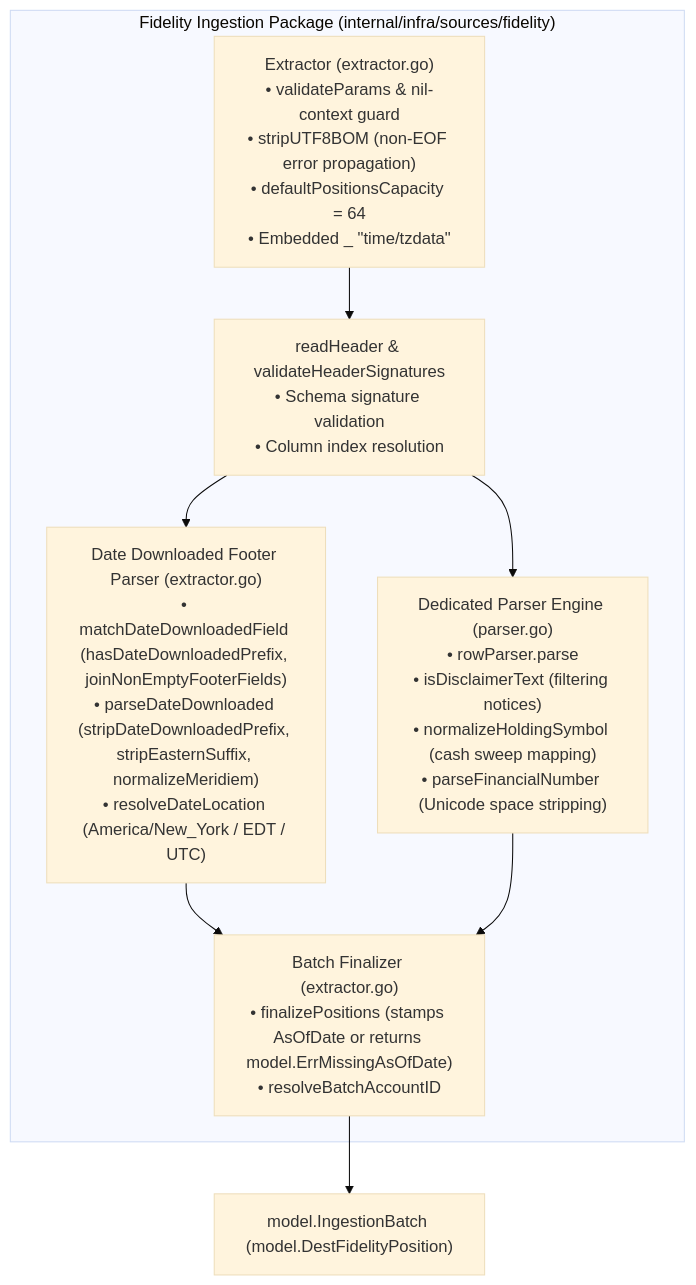
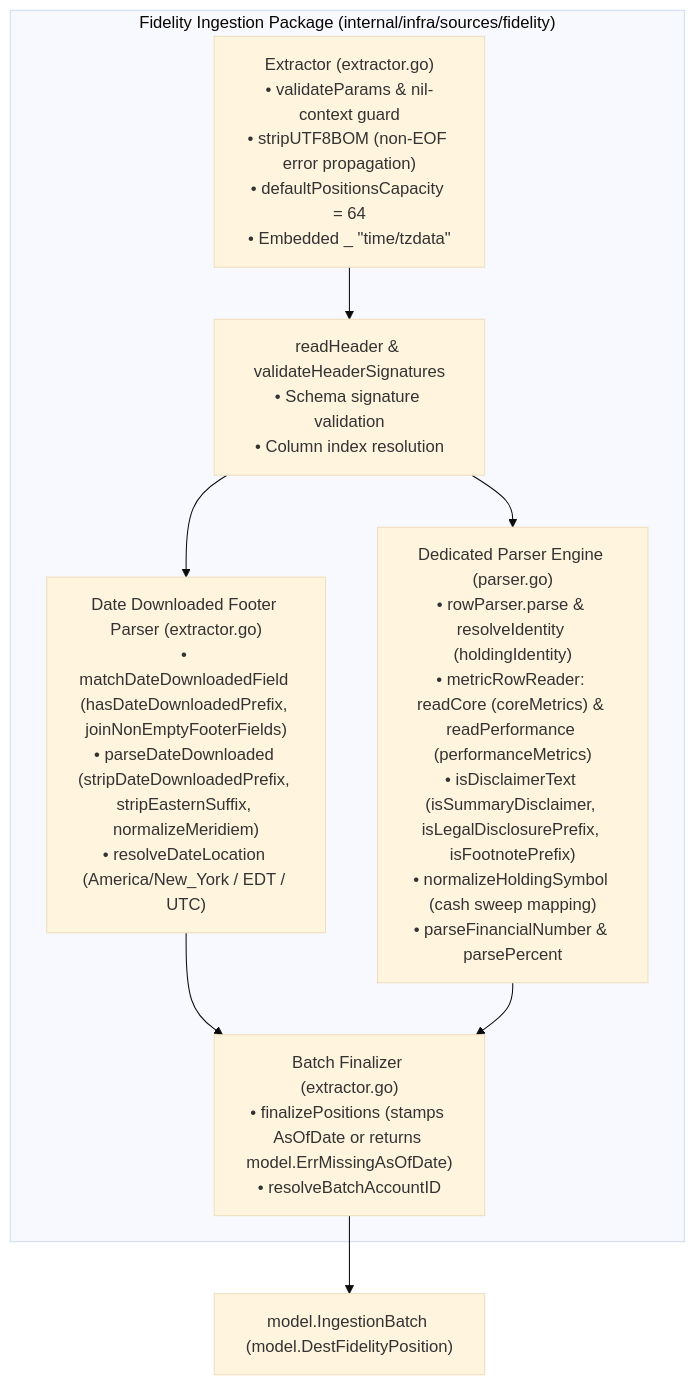
The diagram in docs/specs/architecture/fidelity-adapter.md (ajponte/babylon_data_loader), drawn with Mermaid (base theme) before and after one commit. The commit also changed other lines of this file and 8 other files, not shown here.

Commit message:
feat(sources): fidelity legacy field parity and performance metric validation (Phase 2E) (#57)

````diff
--- a/docs/specs/architecture/fidelity-adapter.md
+++ b/docs/specs/architecture/fidelity-adapter.md
@@ -11,17 +11,17 @@
 ```mermaid
 flowchart TD
     subgraph FidelityPkg ["Fidelity Ingestion Package (internal/infra/sources/fidelity)"]
         EXT["Extractor (extractor.go)<br/>• validateParams & nil-context guard<br/>• stripUTF8BOM (non-EOF error propagation)<br/>• defaultPositionsCapacity = 64<br/>• Embedded _ &quot;time/tzdata&quot;"]
         HDR["readHeader & validateHeaderSignatures<br/>• Schema signature validation<br/>• Column index resolution"]
         FTR["Date Downloaded Footer Parser (extractor.go)<br/>• matchDateDownloadedField (hasDateDownloadedPrefix, joinNonEmptyFooterFields)<br/>• parseDateDownloaded (stripDateDownloadedPrefix, stripEasternSuffix, normalizeMeridiem)<br/>• resolveDateLocation (America/New_York / EDT / UTC)"]
-        PRS["Dedicated Parser Engine (parser.go)<br/>• rowParser.parse<br/>• isDisclaimerText (filtering notices)<br/>• normalizeHoldingSymbol (cash sweep mapping)<br/>• parseFinancialNumber (Unicode space stripping)"]
+        PRS["Dedicated Parser Engine (parser.go)<br/>• rowParser.parse & resolveIdentity (holdingIdentity)<br/>• metricRowReader: readCore (coreMetrics) & readPerformance (performanceMetrics)<br/>• isDisclaimerText (isSummaryDisclaimer, isLegalDisclosurePrefix, isFootnotePrefix)<br/>• normalizeHoldingSymbol (cash sweep mapping)<br/>• parseFinancialNumber & parsePercent"]
         FIN["Batch Finalizer (extractor.go)<br/>• finalizePositions (stamps AsOfDate or returns model.ErrMissingAsOfDate)<br/>• resolveBatchAccountID"]
     end
 
     EXT --> HDR
     HDR --> FTR
     HDR --> PRS
     FTR --> FIN
     PRS --> FIN
     FIN --> BATCH["model.IngestionBatch (model.DestFidelityPosition)"]
 ```
````
